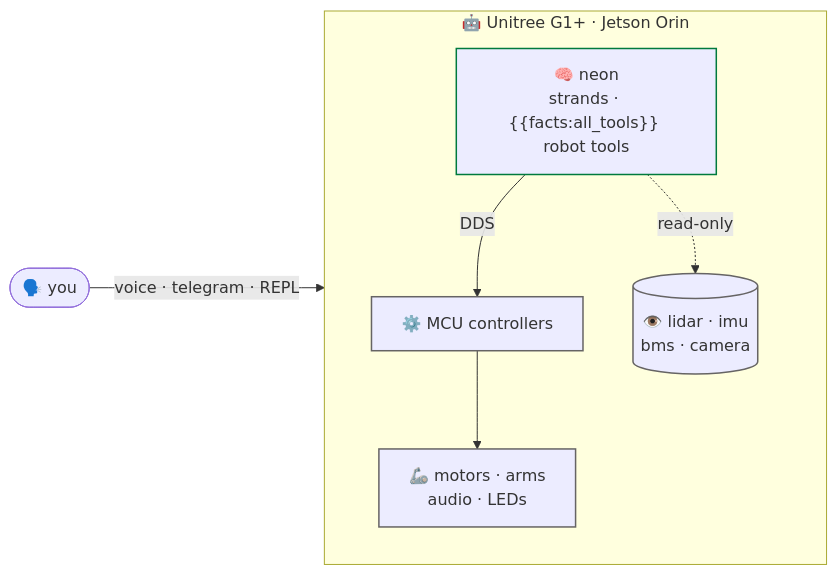
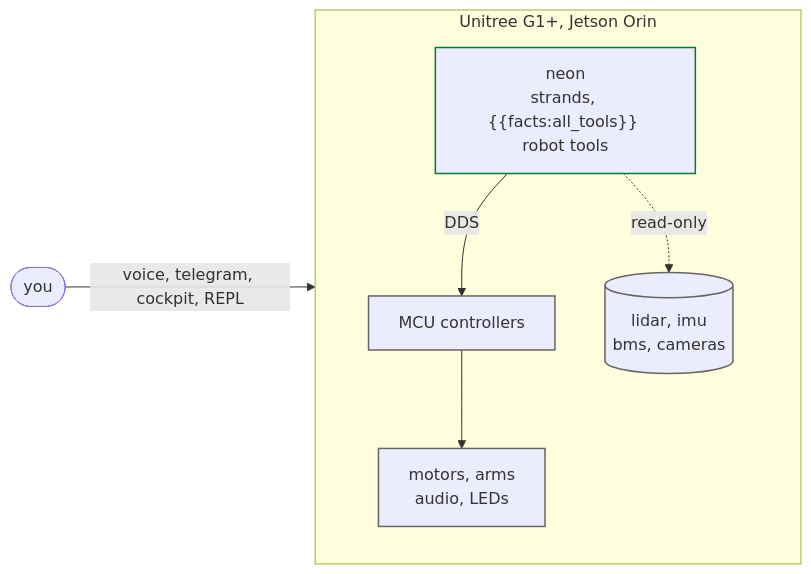
The diagram in docs/index.md (cagataycali/neon-the-g1), drawn with Mermaid before and after one commit. The commit also changed other lines of this file and 5 other files, not shown here.

````diff
--- a/docs/index.md
+++ b/docs/index.md
@@ -72,19 +76,19 @@
 ```mermaid
 flowchart LR
-  U(["🗣️ you"]) -->|"voice · telegram · REPL"| A
+  U(["you"]) -->|"voice, telegram, cockpit, REPL"| A
 
-  subgraph G1["🤖 Unitree G1+ · Jetson Orin"]
+  subgraph G1["Unitree G1+, Jetson Orin"]
     direction TB
-    A["🧠 neon<br/>strands · {{facts:all_tools}} robot tools"]
-    C["⚙️ MCU controllers"]
-    M["🦾 motors · arms<br/>audio · LEDs"]
-    S[("👁️ lidar · imu<br/>bms · camera")]
+    A["neon<br/>strands, {{facts:all_tools}} robot tools"]
+    C["MCU controllers"]
+    M["motors, arms<br/>audio, LEDs"]
+    S[("lidar, imu<br/>bms, cameras")]
     A -->|"DDS"| C --> M
     A -.->|"read-only"| S
   end
 
   classDef brain stroke:#007a3d,stroke-width:1.5px
   classDef io stroke:#666464,stroke-width:1.5px
   class A brain
   class C,M,S io
 ```
````
